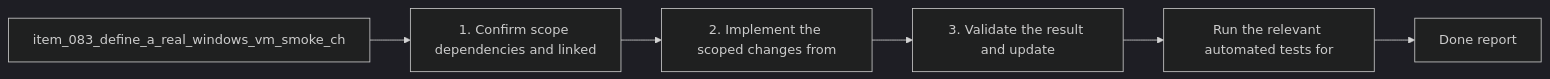
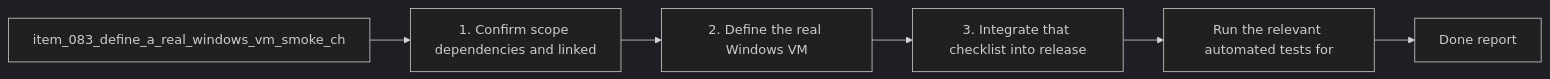
The diagram in logics/tasks/task_087_define_a_real_windows_vm_smoke_checklist_for_macos_maintainers.md (AlexAgo83/logics-manager), drawn with Mermaid (dark theme) before and after one commit. The commit also changed other lines of this file and 481 other files, not shown here.

````diff
--- a/logics/tasks/task_087_define_a_real_windows_vm_smoke_checklist_for_macos_maintainers.md
+++ b/logics/tasks/task_087_define_a_real_windows_vm_smoke_checklist_for_macos_maintainers.md
@@ -20,10 +21,10 @@
 ```mermaid
 %% logics-kind: task
 %% logics-signature: task|define-a-real-windows-vm-smoke-checklist|item-083-define-a-real-windows-vm-smoke-|1-confirm-scope-dependencies-and-linked|run-the-relevant-automated-tests-for
 flowchart LR
     Backlog[item_083_define_a_real_windows_vm_smoke_ch] --> Step1[1. Confirm scope dependencies and linked]
-    Step1 --> Step2[2. Implement the scoped changes from]
-    Step2 --> Step3[3. Validate the result and update]
+    Step1 --> Step2[2. Define the real Windows VM]
+    Step2 --> Step3[3. Integrate that checklist into release]
     Step3 --> Validation[Run the relevant automated tests for]
     Validation --> Report[Done report]
 ```
````
